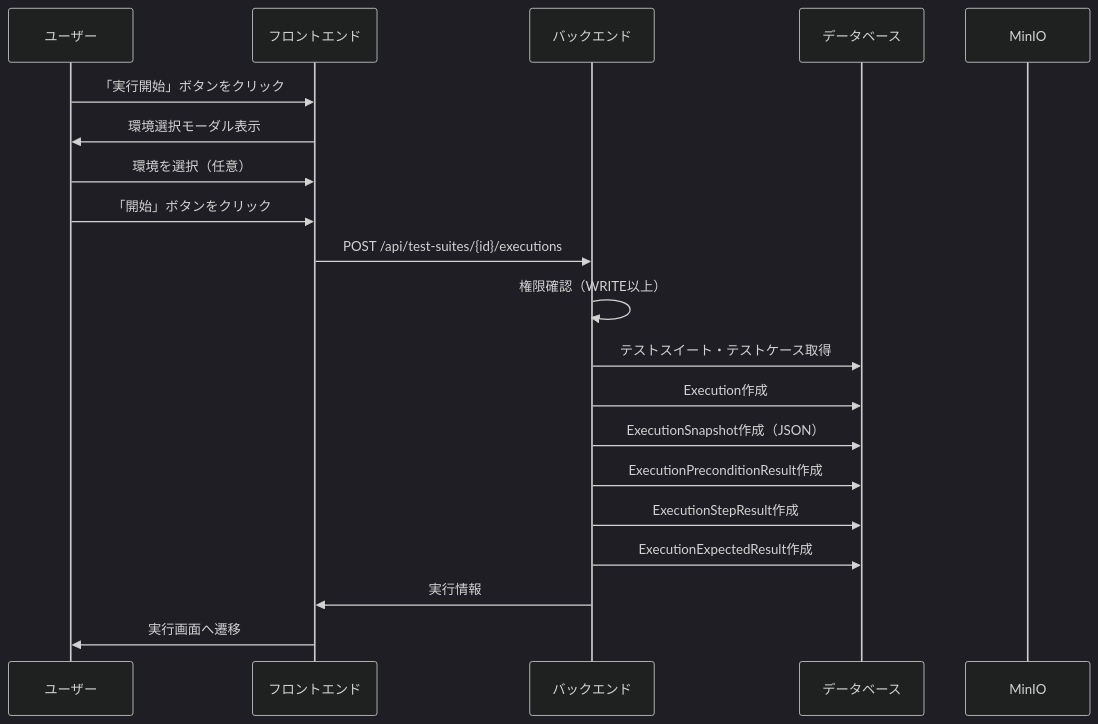
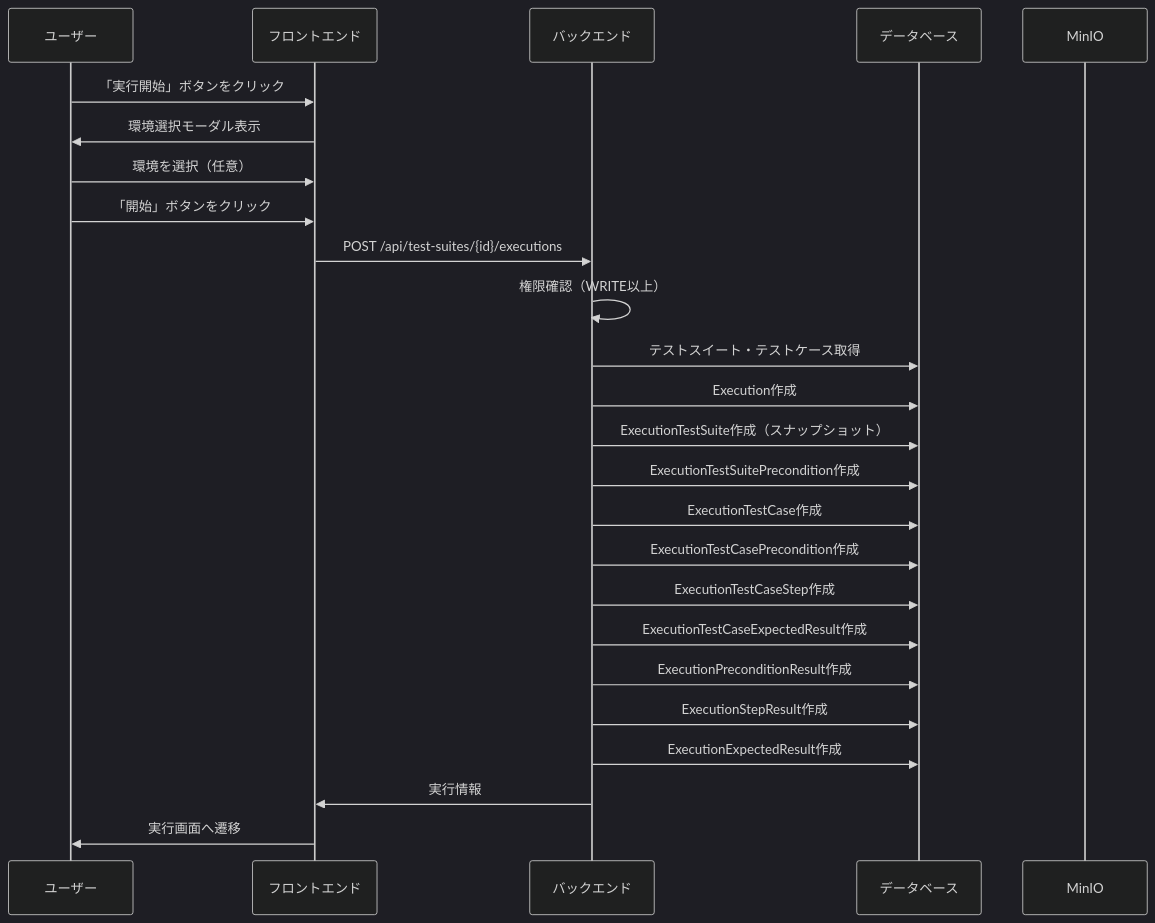
The first of 6 diagrams in docs/architecture/features/test-execution.md (tsutsumi389/agentest), drawn with Mermaid (dark theme) before and after one commit. The commit also changed other lines of this file, not shown here.

````diff
--- a/docs/architecture/features/test-execution.md
+++ b/docs/architecture/features/test-execution.md
@@ -123,23 +123,28 @@
 ```mermaid
 sequenceDiagram
     participant U as ユーザー
     participant F as フロントエンド
     participant B as バックエンド
     participant DB as データベース
     participant S as MinIO
 
     U->>F: 「実行開始」ボタンをクリック
     F->>U: 環境選択モーダル表示
     U->>F: 環境を選択（任意）
     U->>F: 「開始」ボタンをクリック
     F->>B: POST /api/test-suites/{id}/executions
     B->>B: 権限確認（WRITE以上）
     B->>DB: テストスイート・テストケース取得
     B->>DB: Execution作成
-    B->>DB: ExecutionSnapshot作成（JSON）
+    B->>DB: ExecutionTestSuite作成（スナップショット）
+    B->>DB: ExecutionTestSuitePrecondition作成
+    B->>DB: ExecutionTestCase作成
+    B->>DB: ExecutionTestCasePrecondition作成
+    B->>DB: ExecutionTestCaseStep作成
+    B->>DB: ExecutionTestCaseExpectedResult作成
     B->>DB: ExecutionPreconditionResult作成
     B->>DB: ExecutionStepResult作成
     B->>DB: ExecutionExpectedResult作成
     B->>F: 実行情報
     F->>U: 実行画面へ遷移
 ```
````
